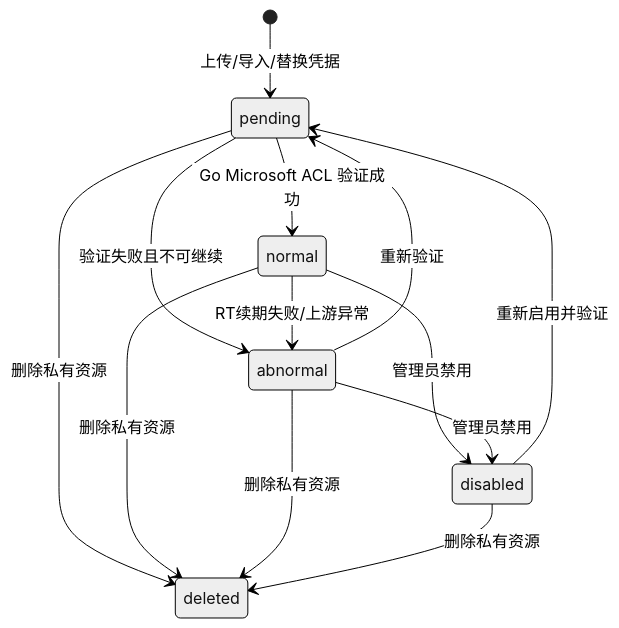
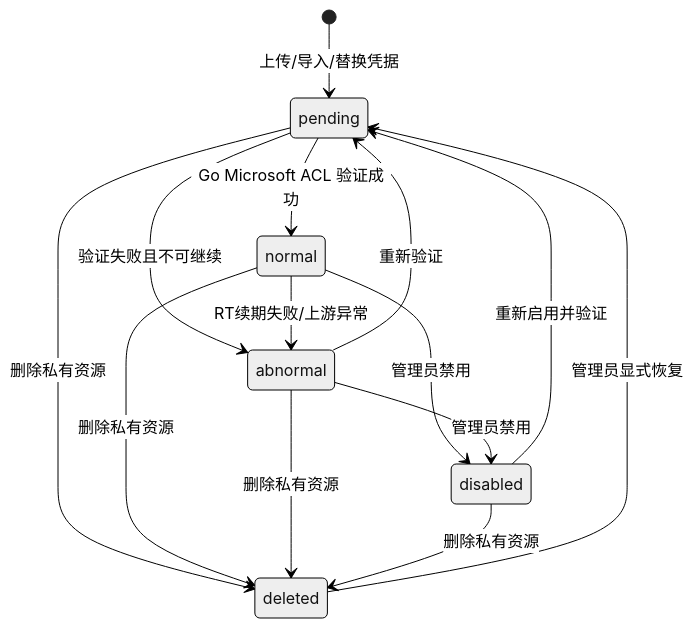
The first of 3 diagrams in docs/1-core-mailbox-project.md (donnel666/remail), drawn with Mermaid (neutral theme) before and after one commit. The commit also changed other lines of this file and 165 other files, not shown here.

````diff
--- a/docs/1-core-mailbox-project.md
+++ b/docs/1-core-mailbox-project.md
@@ -117,15 +121,16 @@
 ```mermaid
 stateDiagram-v2
     [*] --> pending: 上传/导入/替换凭据
     pending --> normal: Go Microsoft ACL 验证成功
     pending --> abnormal: 验证失败且不可继续
     normal --> abnormal: RT续期失败/上游异常
     normal --> disabled: 管理员禁用
     abnormal --> pending: 重新验证
     abnormal --> disabled: 管理员禁用
     disabled --> pending: 重新启用并验证
     pending --> deleted: 删除私有资源
     normal --> deleted: 删除私有资源
     abnormal --> deleted: 删除私有资源
     disabled --> deleted: 删除私有资源
+    deleted --> pending: 管理员显式恢复
 ```
````
